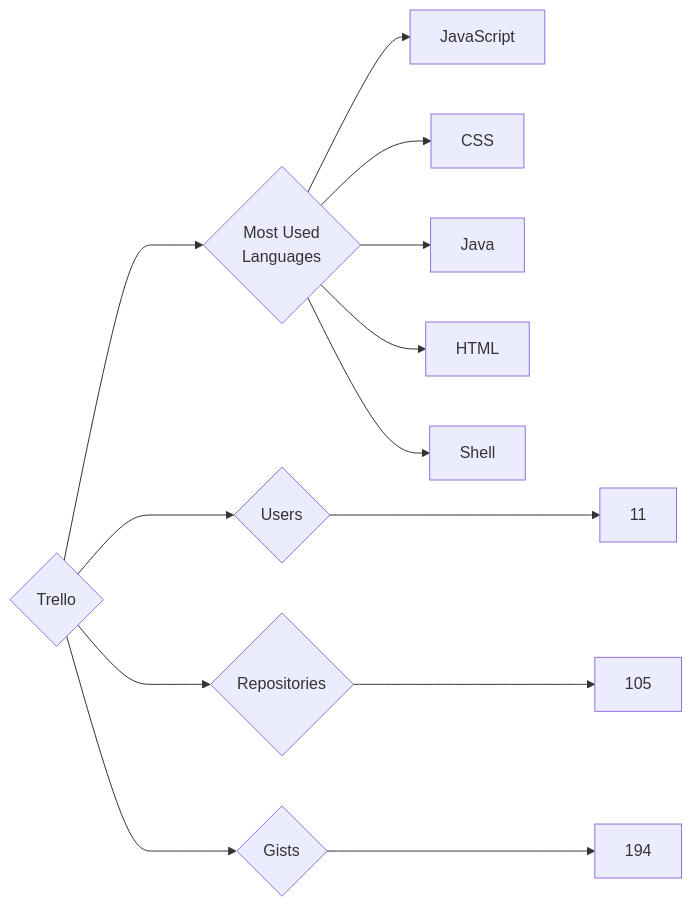
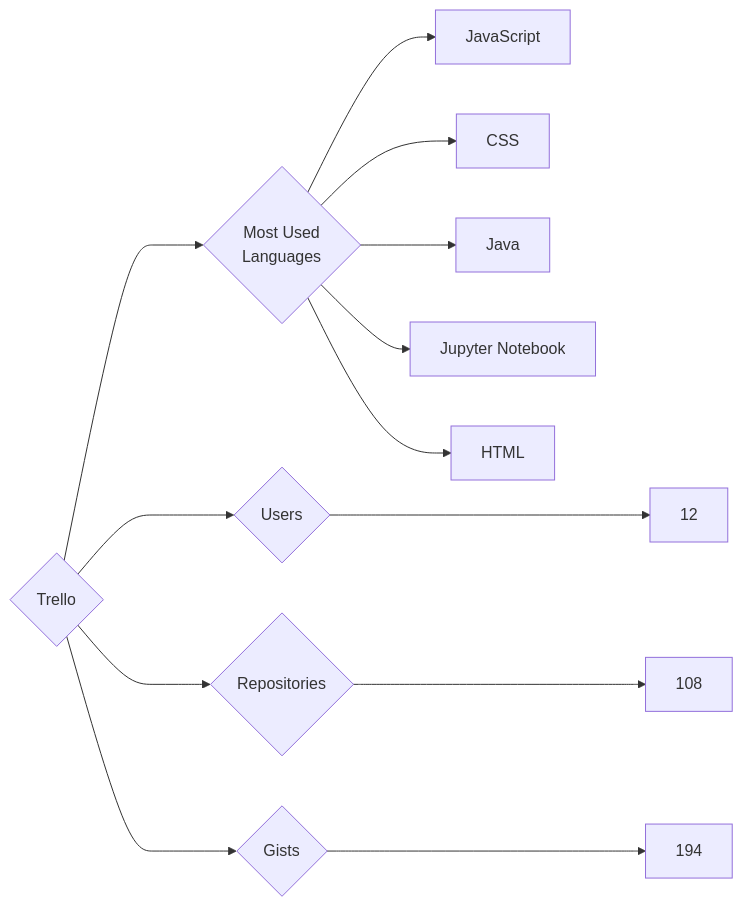
Before and after one commit to trickest/insiders: the diagram in targets/Trello/README.md, drawn with Mermaid. The commit also changed 886 other files, not shown here.

````diff
--- a/targets/Trello/README.md
+++ b/targets/Trello/README.md
@@ -3,13 +3,13 @@
 ```mermaid
 graph LR
 COMPANY_NAME{Trello}
-COMPANY_NAME ---> U{Users} ---> UN[11]
-COMPANY_NAME ---> R{Repositories} ---> RN[105]
+COMPANY_NAME ---> U{Users} ---> UN[12]
+COMPANY_NAME ---> R{Repositories} ---> RN[108]
 COMPANY_NAME ---> G{Gists} ---> GN[194]
 COMPANY_NAME ---> ML{Most Used<br>Languages}
 ML --> JavaScript[JavaScript]
 ML --> CSS[CSS]
 ML --> Java[Java]
+ML --> Jupyter_Notebook[Jupyter Notebook]
 ML --> HTML[HTML]
-ML --> Shell[Shell]
 ```
````
